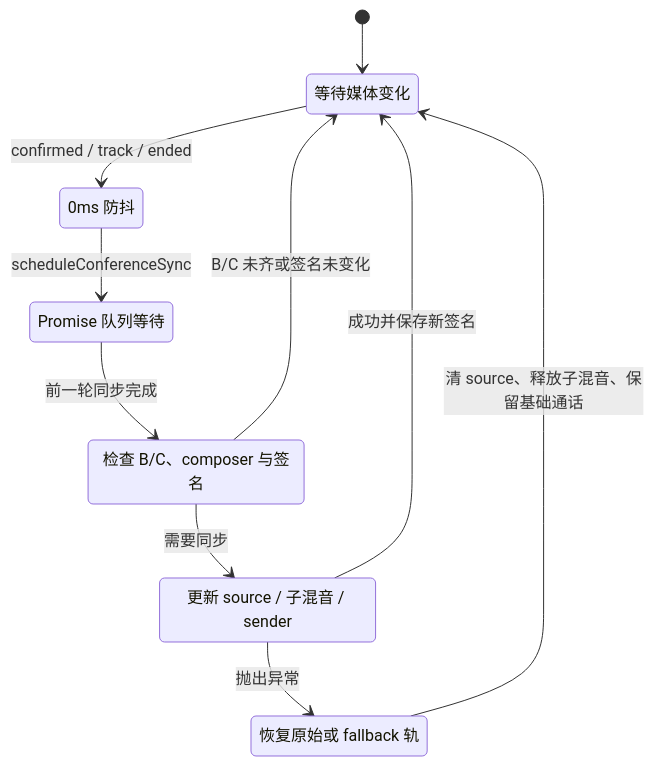
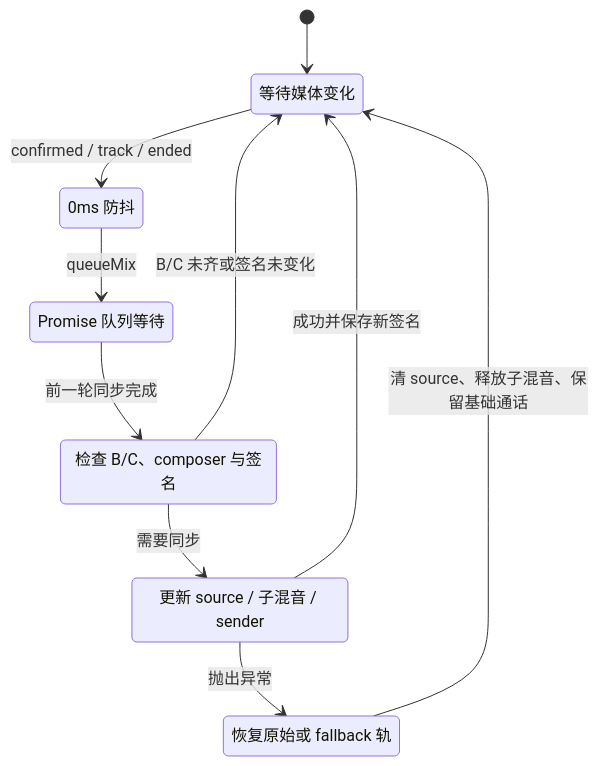
Before and after one commit to lei40251/JsSIP: the seventh of 20 diagrams in docs/app-conference-guide.md, drawn with Mermaid. The commit also changed other lines of this file and 31 other files, not shown here.

````diff
--- a/docs/app-conference-guide.md
+++ b/docs/app-conference-guide.md
@@ -433,19 +436,19 @@
 ```mermaid
 stateDiagram-v2
   state "等待媒体变化" as Idle
   state "0ms 防抖" as Debounce
   state "Promise 队列等待" as Queue
   state "检查 B/C、composer 与签名" as Check
   state "更新 source / 子混音 / sender" as Apply
   state "恢复原始或 fallback 轨" as Fallback
 
   [*] --> Idle
   Idle --> Debounce: confirmed / track / ended
-  Debounce --> Queue: scheduleConferenceSync
+  Debounce --> Queue: queueMix
   Queue --> Check: 前一轮同步完成
   Check --> Idle: B/C 未齐或签名未变化
   Check --> Apply: 需要同步
   Apply --> Idle: 成功并保存新签名
   Apply --> Fallback: 抛出异常
   Fallback --> Idle: 清 source、释放子混音、保留基础通话
 ```
````
